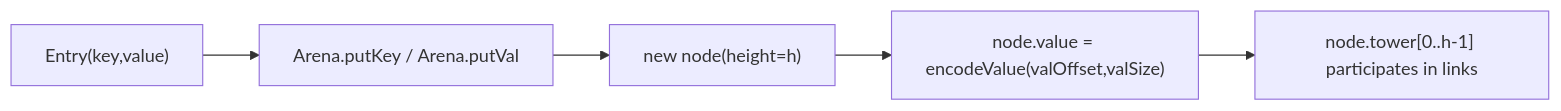
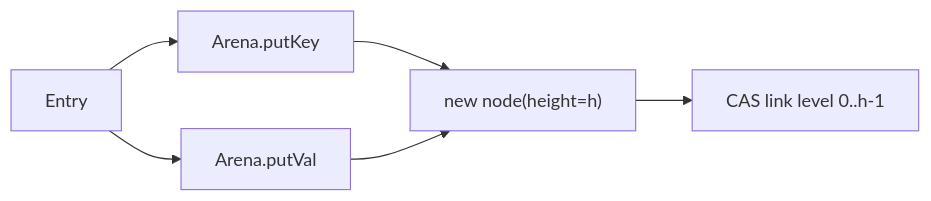
The second of 3 diagrams in docs/notes/2026-02-09-memory-craft-memtable-arena-skiplist-art.md (feichai0017/NoKV), drawn with Mermaid before and after one commit. The commit also changed other lines of this file and 3 other files, not shown here.

````diff
--- a/docs/notes/2026-02-09-memory-craft-memtable-arena-skiplist-art.md
+++ b/docs/notes/2026-02-09-memory-craft-memtable-arena-skiplist-art.md
@@ -208,7 +90,8 @@
 ```mermaid
 flowchart LR
-  A["Entry(key,value)"] --> B["Arena.putKey / Arena.putVal"]
-  B --> C["new node(height=h)"]
-  C --> D["node.value = encodeValue(valOffset,valSize)"]
-  D --> E["node.tower[0..h-1] participates in links"]
+  E["Entry"] --> K["Arena.putKey"]
+  E --> V["Arena.putVal"]
+  K --> N["new node(height=h)"]
+  V --> N
+  N --> L["CAS link level 0..h-1"]
 ```
````
